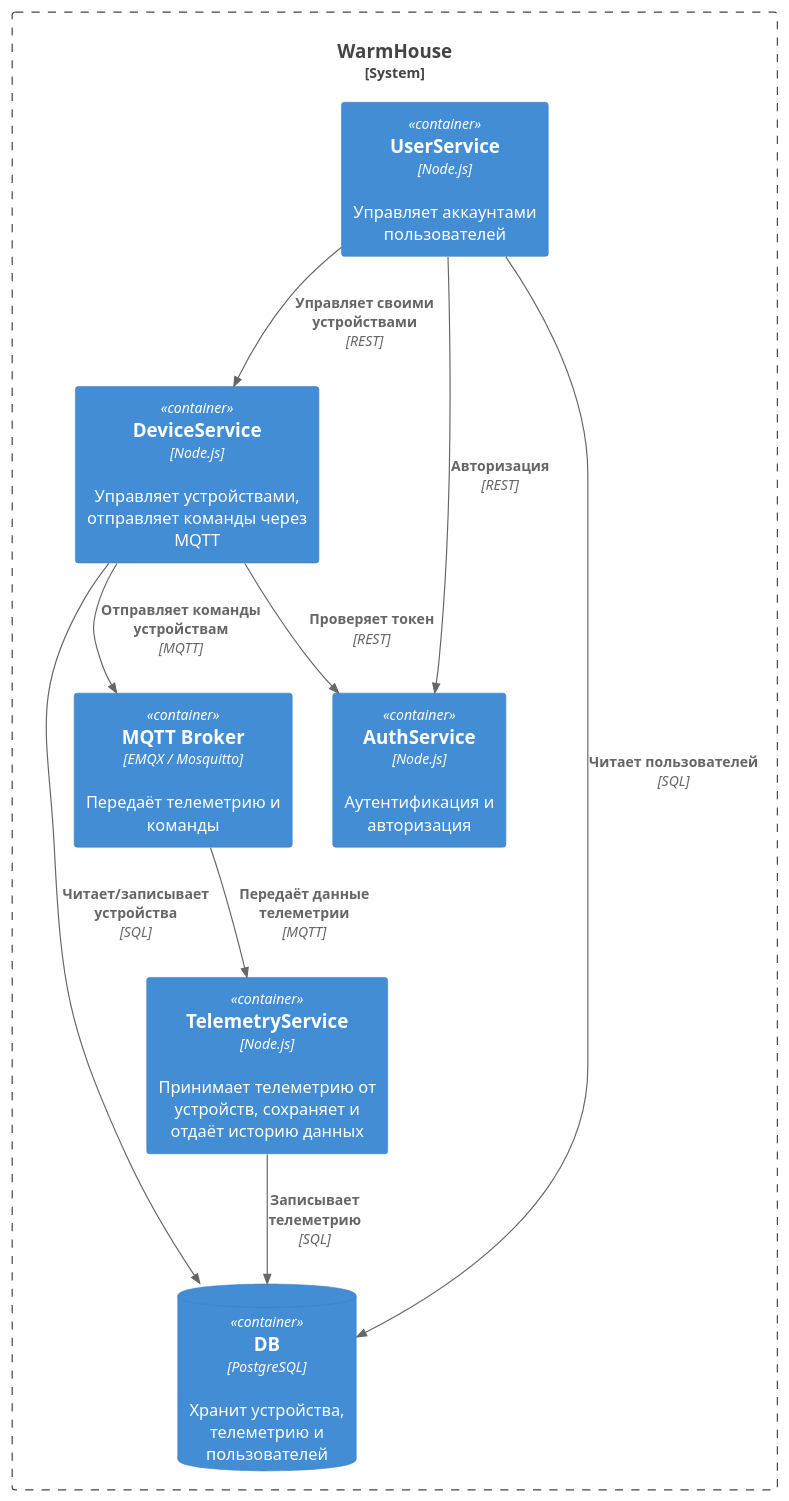
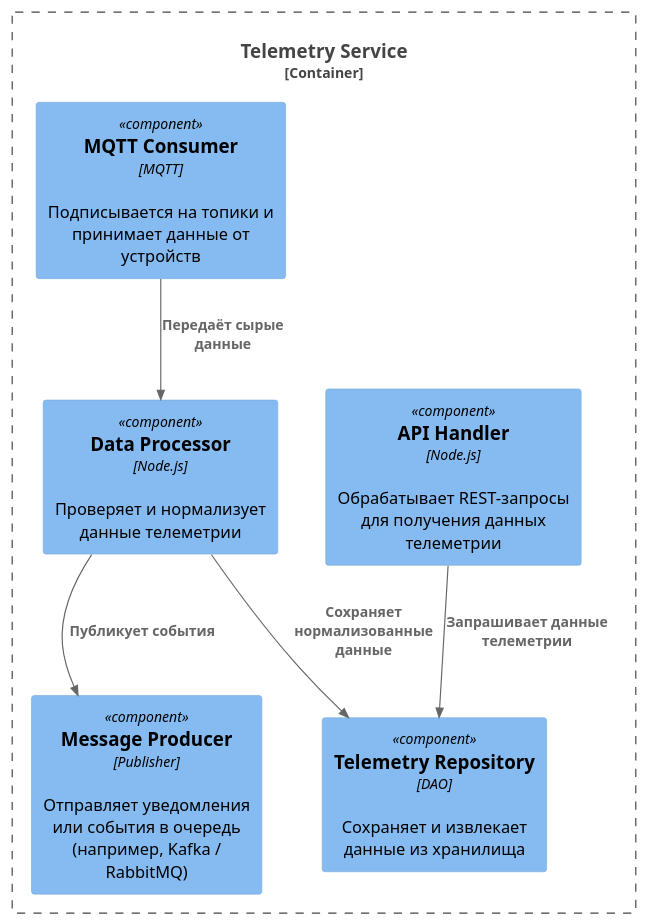
Before and after one commit to Nikita-hub000/arch-1: the diagram in task2_components.wsd, drawn with PlantUML. The commit also changed 2 other files, not shown here.

```diff
--- a/task2_components.wsd
+++ b/task2_components.wsd
@@ -1,22 +1,16 @@
 @startuml c4
-!include https://raw.githubusercontent.com/plantuml-stdlib/C4-PlantUML/master/C4_Container.puml
+!include https://raw.githubusercontent.com/plantuml-stdlib/C4-PlantUML/master/C4_Component.puml
 
-System_Boundary(house, "WarmHouse") {
-    Container(deviceService, "DeviceService", "Node.js", "Управляет устройствами, отправляет команды через MQTT")
-    Container(telemetryService, "TelemetryService", "Node.js", "Принимает телеметрию от устройств, сохраняет и отдаёт историю данных")
-    Container(userService, "UserService", "Node.js", "Управляет аккаунтами пользователей")
-    Container(authService, "AuthService", "Node.js", "Аутентификация и авторизация")
-    ContainerDb(db, "DB", "PostgreSQL", "Хранит устройства, телеметрию и пользователей")
-    Container(mqttBroker, "MQTT Broker", "EMQX / Mosquitto", "Передаёт телеметрию и команды")
+Container_Boundary(telemetryService, "Telemetry Service") {
+    Component(apiHandler, "API Handler", "Node.js", "Обрабатывает REST-запросы для получения данных телеметрии")
+    Component(mqttConsumer, "MQTT Consumer", "MQTT", "Подписывается на топики и принимает данные от устройств")
+    Component(dataProcessor, "Data Processor", "Node.js", "Проверяет и нормализует данные телеметрии")
+    Component(repository, "Telemetry Repository", "DAO", "Сохраняет и извлекает данные из хранилища")
+    Component(messageProducer, "Message Producer", "Publisher", "Отправляет уведомления или события в очередь (например, Kafka / RabbitMQ)")
 }
 
-Rel(mqttBroker, telemetryService, "Передаёт данные телеметрии", "MQTT")
-Rel(deviceService, mqttBroker, "Отправляет команды устройствам", "MQTT")
-Rel(deviceService, db, "Читает/записывает устройства", "SQL")
-Rel(telemetryService, db, "Записывает телеметрию", "SQL")
-Rel(deviceService, authService, "Проверяет токен", "REST")
-Rel(userService, authService, "Авторизация", "REST")
-Rel(userService, deviceService, "Управляет своими устройствами", "REST")
-Rel(userService, db, "Читает пользователей", "SQL")
-
+Rel(apiHandler, repository, "Запрашивает данные телеметрии")
+Rel(mqttConsumer, dataProcessor, "Передаёт сырые данные")
+Rel(dataProcessor, repository, "Сохраняет нормализованные данные")
+Rel(dataProcessor, messageProducer, "Публикует события")
 @enduml
```
